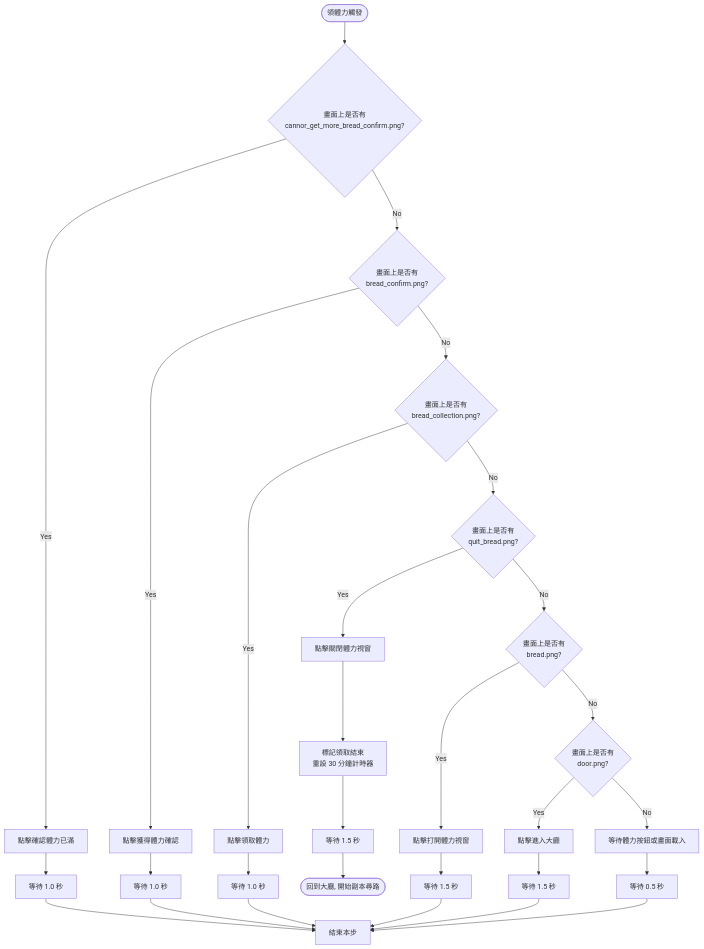
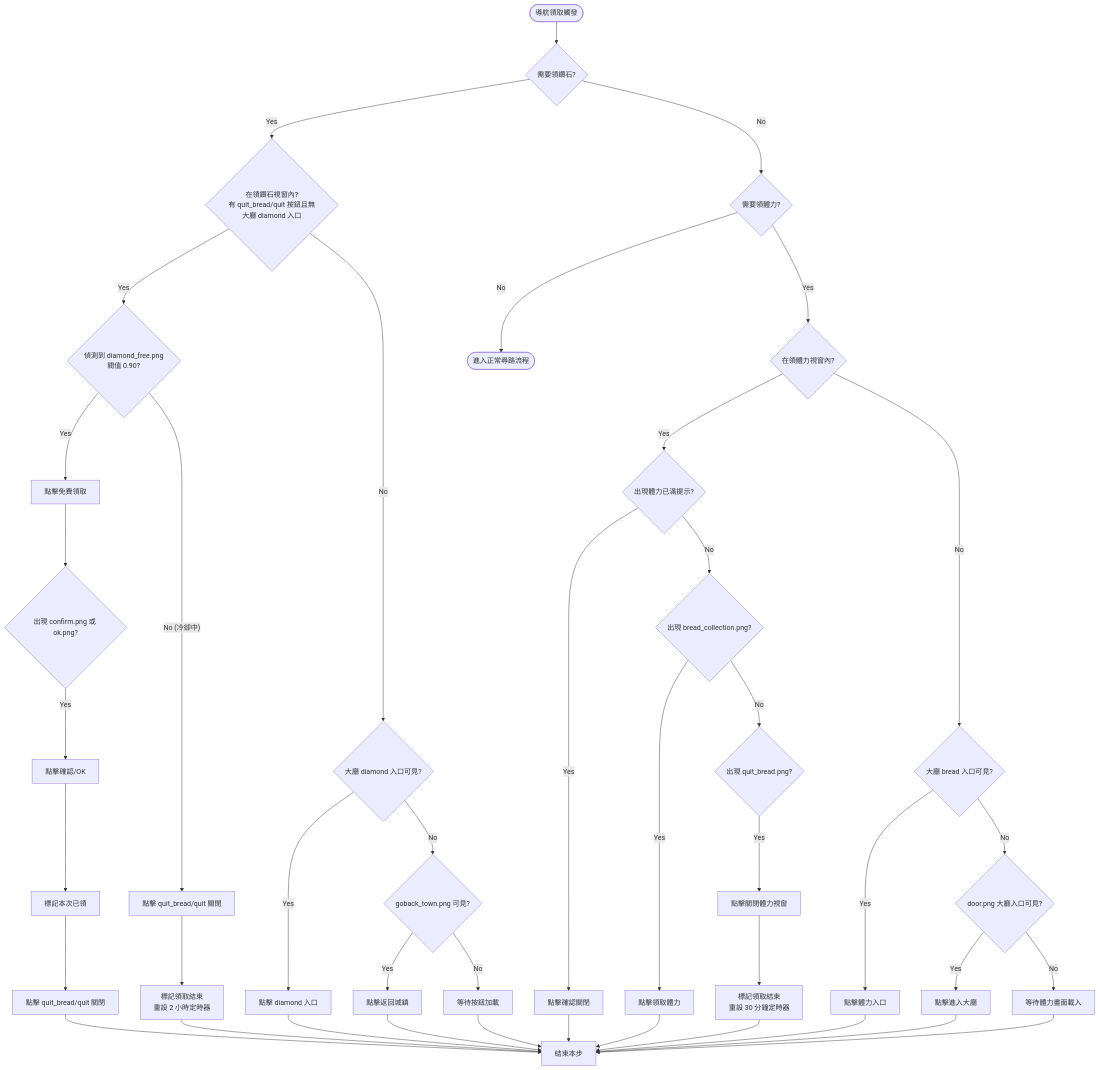
Before and after one commit to alu98753/Blackfire-CV-Autopilot: the first of 4 diagrams in docs/dungeon_flow.md, drawn with Mermaid. The commit also changed other lines of this file and 2 other files, not shown here.

````diff
--- a/docs/dungeon_flow.md
+++ b/docs/dungeon_flow.md
@@ -11,22 +11,32 @@
 ```mermaid
 graph TD
-    Start([領體力觸發]) --> Check1{畫面上是否有<br>cannor_get_more_bread_confirm.png?}
+    Start([導航領取觸發]) --> CheckDiamond{需要領鑽石?}
     
-    Check1 -- Yes --> ClickCannot[點擊確認體力已滿] --> Sleep1[等待 1.0 秒] --> EndStep[結束本步]
-    Check1 -- No --> Check2{畫面上是否有<br>bread_confirm.png?}
+    CheckDiamond -- Yes --> CheckInDia{在領鑽石視窗內?<br>有 quit_bread/quit 按鈕且無大廳 diamond 入口}
+    CheckInDia -- Yes --> CheckFreeDia{偵測到 diamond_free.png<br>閥值 0.90?}
+    CheckFreeDia -- Yes --> ClickFreeDia[點擊免費領取] --> WaitDiaConf{出現 confirm.png 或 ok.png?}
+    WaitDiaConf -- Yes --> ClickDiaConf[點擊確認/OK] --> MarkDiaCollected[標記本次已領] --> CloseDia[點擊 quit_bread/quit 關閉] --> EndStep[結束本步]
+    CheckFreeDia -- No (冷卻中) --> CloseDiaCold[點擊 quit_bread/quit 關閉] --> ClearDiaFlag[標記領取結束<br>重設 2 小時定時器] --> EndStep
     
-    Check2 -- Yes --> ClickConfirm[點擊獲得體力確認] --> Sleep2[等待 1.0 秒] --> EndStep
-    Check2 -- No --> Check3{畫面上是否有<br>bread_collection.png?}
+    CheckInDia -- No --> CheckDiaLobby{大廳 diamond 入口可見?}
+    CheckDiaLobby -- Yes --> ClickDiaEntry[點擊 diamond 入口] --> EndStep
+    CheckDiaLobby -- No --> CheckGoTown{goback_town.png 可見?}
+    CheckGoTown -- Yes --> ClickGoTown[點擊返回城鎮] --> EndStep
+    CheckGoTown -- No --> WaitDiaLoad[等待按鈕加載] --> EndStep
     
-    Check3 -- Yes --> ClickCollect[點擊領取體力] --> Sleep3[等待 1.0 秒] --> EndStep
-    Check3 -- No --> Check4{畫面上是否有<br>quit_bread.png?}
+    CheckDiamond -- No --> CheckBread{需要領體力?}
+    CheckBread -- Yes --> CheckInBread{在領體力視窗內?}
+    CheckInBread -- Yes --> CheckBreadFull{出現體力已滿提示?}
+    CheckBreadFull -- Yes --> ClickBreadFullConf[點擊確認關閉] --> EndStep
+    CheckBreadFull -- No --> CheckBreadCollect{出現 bread_collection.png?}
+    CheckBreadCollect -- Yes --> ClickBreadCollect[點擊領取體力] --> EndStep
+    CheckBreadCollect -- No --> CheckBreadQuit{出現 quit_bread.png?}
+    CheckBreadQuit -- Yes --> ClickBreadQuit[點擊關閉體力視窗] --> ClearBreadFlag[標記領取結束<br>重設 30 分鐘定時器] --> EndStep
+    CheckInBread -- No --> CheckBreadEntry{大廳 bread 入口可見?}
+    CheckBreadEntry -- Yes --> ClickBreadEntry[點擊體力入口] --> EndStep
+    CheckBreadEntry -- No --> CheckDoor{door.png 大廳入口可見?}
+    CheckDoor -- Yes --> ClickDoor[點擊進入大廳] --> EndStep
+    CheckDoor -- No --> WaitBreadLoad[等待體力畫面載入] --> EndStep
     
-    Check4 -- Yes --> ClickQuit[點擊關閉體力視窗] --> ResetTimer[標記領取結束<br>重設 30 分鐘計時器] --> Sleep4[等待 1.5 秒] --> Done([回到大廳, 開始副本尋路])
-    Check4 -- No --> Check5{畫面上是否有<br>bread.png?}
-    
-    Check5 -- Yes --> ClickBread[點擊打開體力視窗] --> Sleep5[等待 1.5 秒] --> EndStep
-    Check5 -- No --> Check6{畫面上是否有<br>door.png?}
-    
-    Check6 -- Yes --> ClickDoor[點擊進入大廳] --> Sleep6[等待 1.5 秒] --> EndStep
-    Check6 -- No --> Wait[等待體力按鈕或畫面載入] --> Sleep7[等待 0.5 秒] --> EndStep
+    CheckBread -- No --> Done([進入正常尋路流程])
 ```
````
